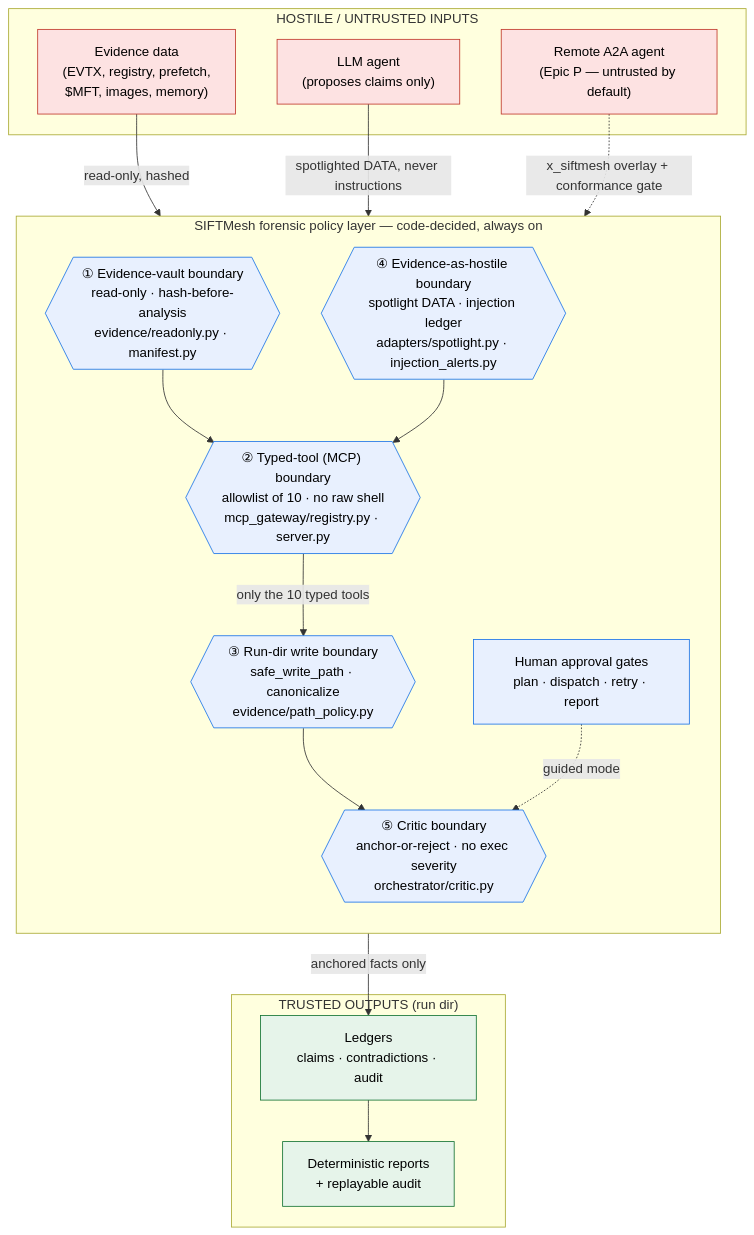
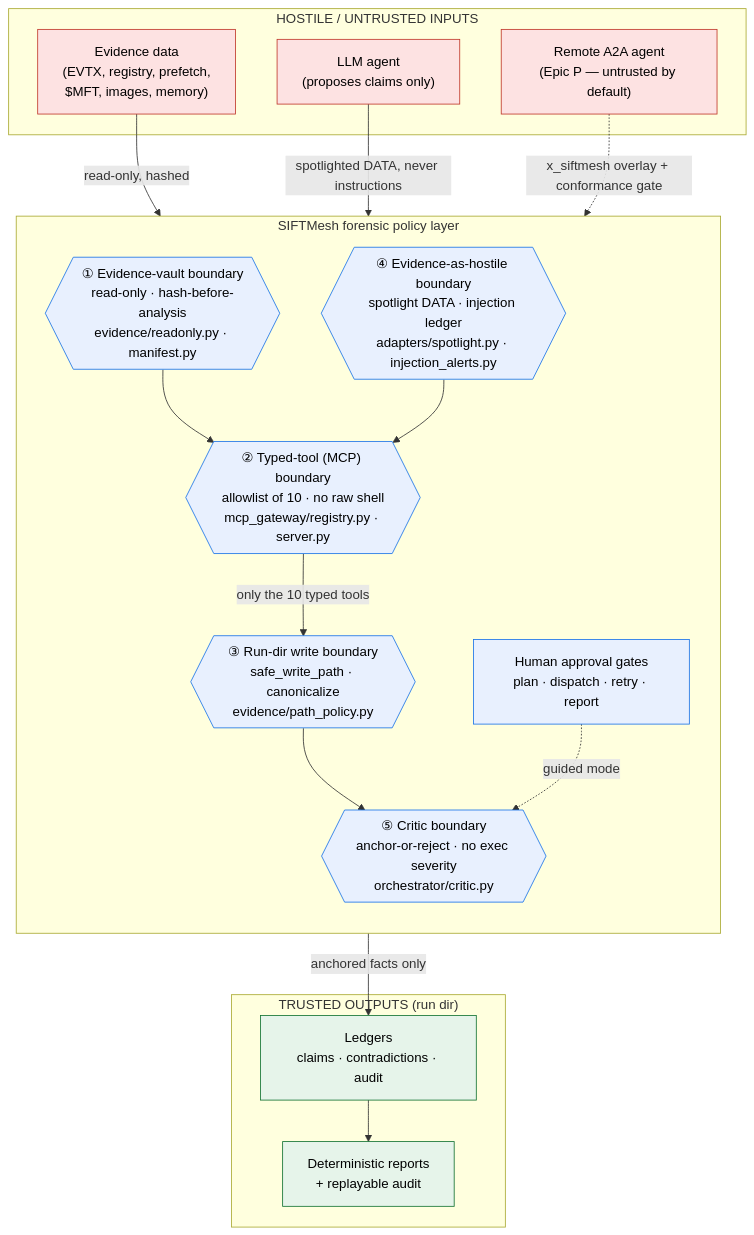
Before and after one commit to aryanbuilds/Project_SIFTAMESS: the diagram in docs/diagrams/security_boundaries.mmd, drawn with Mermaid. The commit also changed 9 other files, not shown here.

````diff
--- a/docs/diagrams/security_boundaries.mmd
+++ b/docs/diagrams/security_boundaries.mmd
@@ -1,42 +1,41 @@
-%% SIFTMesh security boundaries (Epic L6) — source of truth for the diagram.
 %% Render:  mmdc -i security_boundaries.mmd -o security_boundaries.svg   (npm i -g @mermaid-js/mermaid-cli)
 %% GitHub renders this natively when embedded in a fenced ```mermaid block (see architecture.md).
 flowchart TB
     subgraph UNTRUSTED["HOSTILE / UNTRUSTED INPUTS"]
         EV["Evidence data<br/>(EVTX, registry, prefetch,<br/>$MFT, images, memory)"]
         AG["LLM agent<br/>(proposes claims only)"]
         A2A["Remote A2A agent<br/>(Epic P — untrusted by default)"]
     end
 
-    subgraph POLICY["SIFTMesh forensic policy layer — code-decided, always on"]
+    subgraph POLICY["SIFTMesh forensic policy layer"]
         direction TB
         B1{{"① Evidence-vault boundary<br/>read-only · hash-before-analysis<br/>evidence/readonly.py · manifest.py"}}
         B4{{"④ Evidence-as-hostile boundary<br/>spotlight DATA · injection ledger<br/>adapters/spotlight.py · injection_alerts.py"}}
         B2{{"② Typed-tool (MCP) boundary<br/>allowlist of 10 · no raw shell<br/>mcp_gateway/registry.py · server.py"}}
         B3{{"③ Run-dir write boundary<br/>safe_write_path · canonicalize<br/>evidence/path_policy.py"}}
         B5{{"⑤ Critic boundary<br/>anchor-or-reject · no exec severity<br/>orchestrator/critic.py"}}
         HG["Human approval gates<br/>plan · dispatch · retry · report"]
     end
 
     subgraph TRUSTED["TRUSTED OUTPUTS (run dir)"]
         LED["Ledgers<br/>claims · contradictions · audit"]
         REP["Deterministic reports<br/>+ replayable audit"]
     end
 
     EV -->|"read-only, hashed"| B1
     B1 --> B2
     AG -->|"spotlighted DATA, never instructions"| B4
     A2A -.->|"x_siftmesh overlay + conformance gate"| B4
     B4 --> B2
     B2 -->|"only the 10 typed tools"| B3
     B3 --> B5
     HG -.->|"guided mode"| B5
     B5 -->|"anchored facts only"| LED
     LED --> REP
 
     classDef hostile fill:#fde2e2,stroke:#c0392b,stroke-width:1px,color:#000;
     classDef gate fill:#e8f0fe,stroke:#1a73e8,stroke-width:1px,color:#000;
     classDef trusted fill:#e6f4ea,stroke:#137333,stroke-width:1px,color:#000;
     class EV,AG,A2A hostile;
     class B1,B2,B3,B4,B5,HG gate;
     class LED,REP trusted;
````
